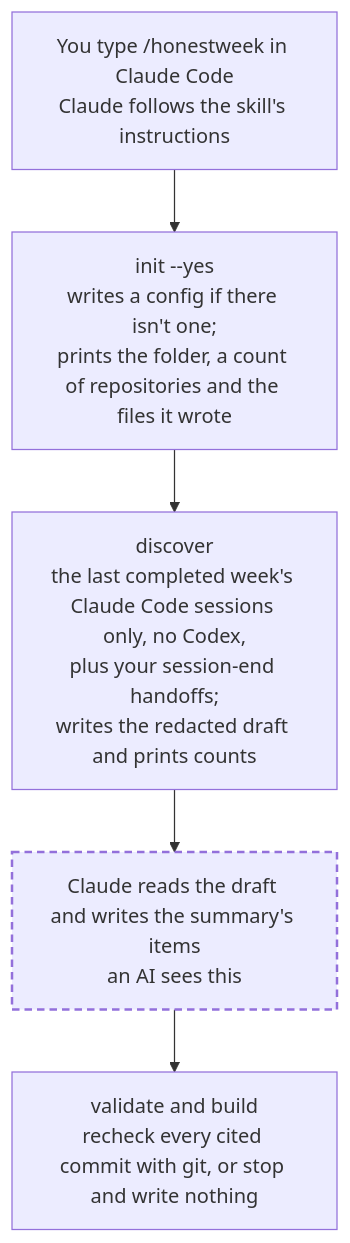
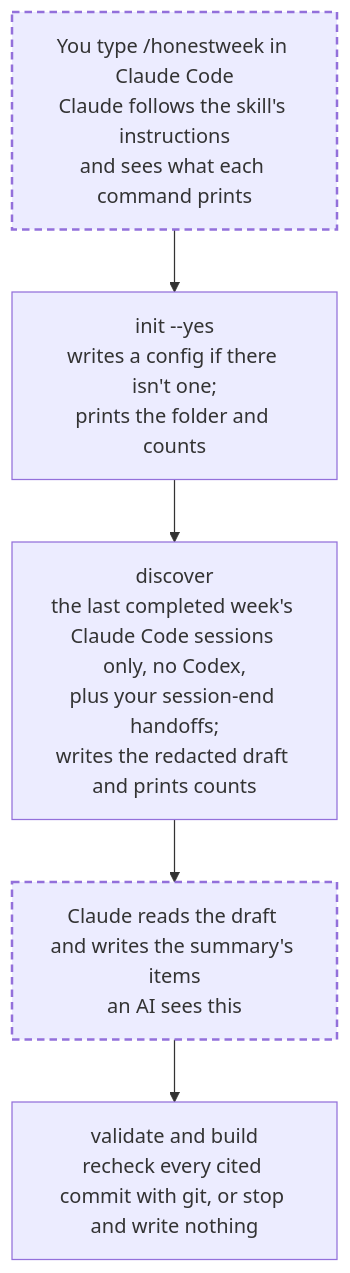
The second of 2 diagrams in docs/where-your-data-goes.md (BryceEWatson/honestweek), drawn with Mermaid before and after one commit. The commit also changed other lines of this file and 3 other files, not shown here.

````diff
--- a/docs/where-your-data-goes.md
+++ b/docs/where-your-data-goes.md
@@ -48,9 +51,9 @@
 ```mermaid
 flowchart TD
-  A["You type /honestweek in Claude Code<br/>Claude follows the skill's instructions"] --> B["init --yes<br/>writes a config if there isn't one;<br/>prints the folder, a count of repositories and the files it wrote"]
+  A["You type /honestweek in Claude Code<br/>Claude follows the skill's instructions<br/>and sees what each command prints"] --> B["init --yes<br/>writes a config if there isn't one;<br/>prints the folder and counts"]
   B --> C["discover<br/>the last completed week's Claude Code sessions only, no Codex,<br/>plus your session-end handoffs;<br/>writes the redacted draft and prints counts"]
   C --> D["Claude reads the draft and writes the summary's items<br/>an AI sees this"]
   D --> E["validate and build<br/>recheck every cited commit with git, or stop and write nothing"]
   classDef ai stroke-dasharray:6 4,stroke-width:2px
-  class D ai
+  class A,D ai
 ```
````
